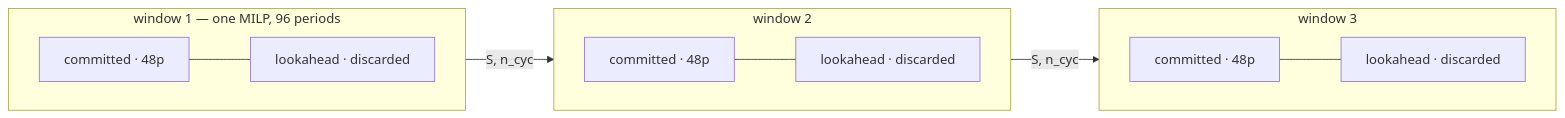
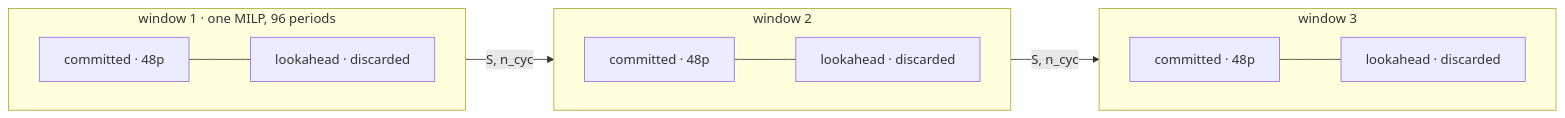
The second of 4 diagrams in docs/solve.md (GuilhermePFM/BatteryCase), drawn with Mermaid before and after one commit. The commit also changed other lines of this file and 20 other files, not shown here.

````diff
--- a/docs/solve.md
+++ b/docs/solve.md
@@ -46,16 +48,16 @@
 ```mermaid
 flowchart LR
-    subgraph W1["window 1 — one MILP, 96 periods"]
+    subgraph W1["window 1 · one MILP, 96 periods"]
         direction LR
         C1["committed · 48p"] --- L1["lookahead · discarded"]
     end
     subgraph W2["window 2"]
         direction LR
         C2["committed · 48p"] --- L2["lookahead · discarded"]
     end
     subgraph W3["window 3"]
         direction LR
         C3["committed · 48p"] --- L3["lookahead · discarded"]
     end
     W1 -->|"S, n_cyc"| W2 -->|"S, n_cyc"| W3
 ```
````
